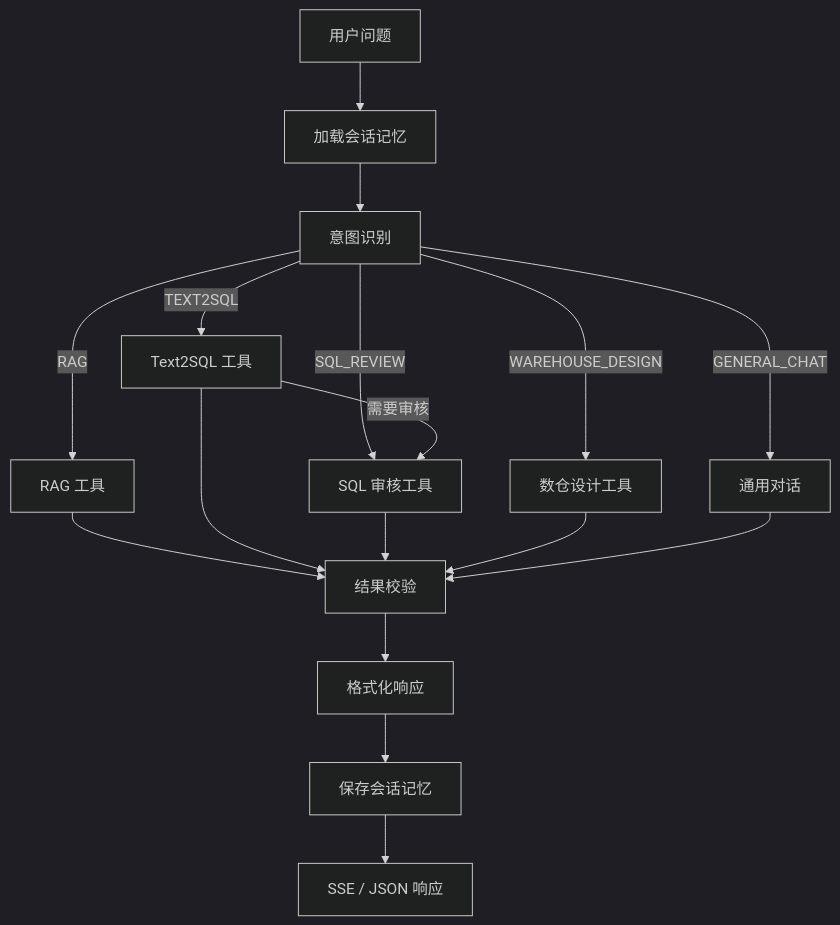
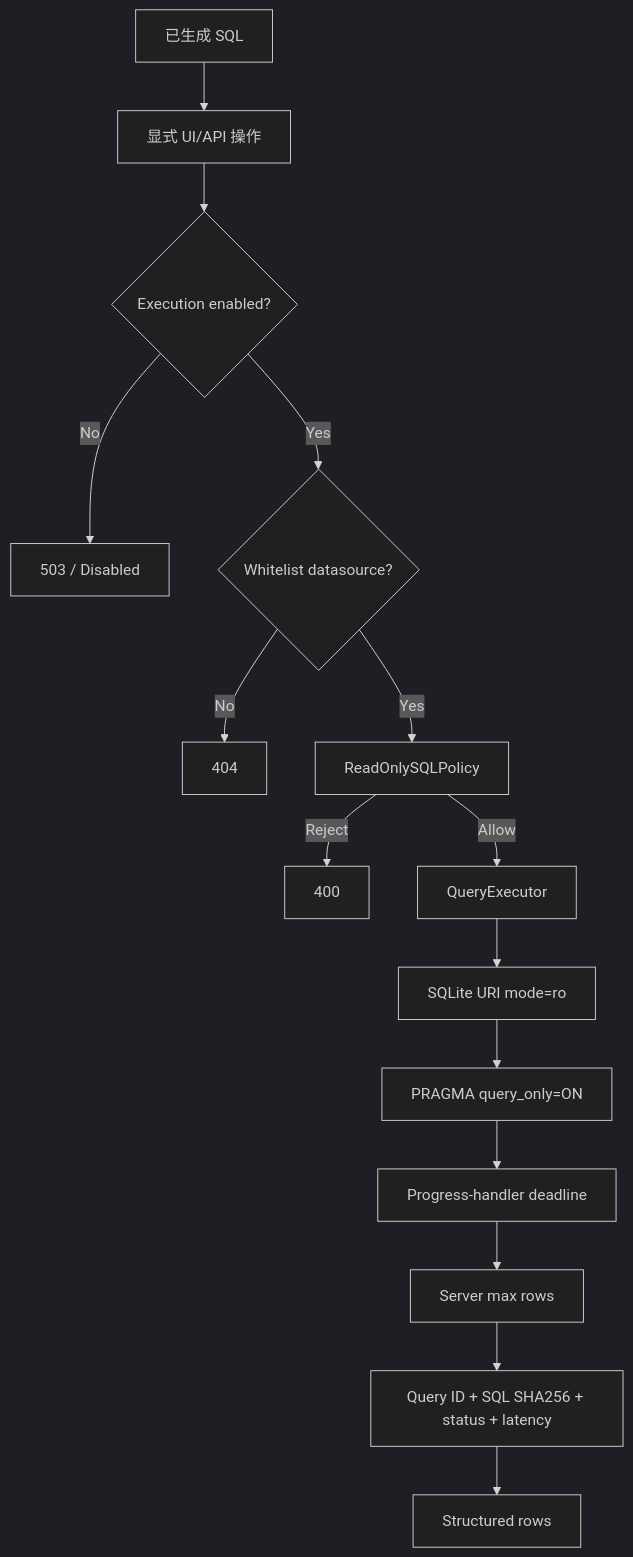
Before and after one commit to plutoczm/DataCopilot: the sixth of 8 diagrams in docs/ARCHITECTURE.md, drawn with Mermaid (dark theme). The commit also changed other lines of this file, not shown here.

Commit message:
docs: align architecture with governed execution boundary

````diff
--- a/docs/ARCHITECTURE.md
+++ b/docs/ARCHITECTURE.md
@@ -118,19 +154,17 @@
 ```mermaid
 flowchart TD
-    Query[用户问题] --> Memory[加载会话记忆]
-    Memory --> Classify[意图识别]
-    Classify -->|RAG| RAGTool[RAG 工具]
-    Classify -->|TEXT2SQL| SQLTool[Text2SQL 工具]
-    Classify -->|SQL_REVIEW| ReviewTool[SQL 审核工具]
-    Classify -->|WAREHOUSE_DESIGN| WarehouseTool[数仓设计工具]
-    Classify -->|GENERAL_CHAT| Chat[通用对话]
-    SQLTool -->|需要审核| ReviewTool
-    RAGTool --> Validate[结果校验]
-    SQLTool --> Validate
-    ReviewTool --> Validate
-    WarehouseTool --> Validate
-    Chat --> Validate
-    Validate --> Format[格式化响应]
-    Format --> Save[保存会话记忆]
-    Save --> Response[SSE / JSON 响应]
+    Candidate[已生成 SQL] --> Explicit[显式 UI/API 操作]
+    Explicit --> Enabled{Execution enabled?}
+    Enabled -->|No| Disabled[503 / Disabled]
+    Enabled -->|Yes| DS{Whitelist datasource?}
+    DS -->|No| NotFound[404]
+    DS -->|Yes| Policy[ReadOnlySQLPolicy]
+    Policy -->|Reject| Rejected[400]
+    Policy -->|Allow| Executor[QueryExecutor]
+    Executor --> DBReadOnly[SQLite URI mode=ro]
+    DBReadOnly --> QueryOnly[PRAGMA query_only=ON]
+    QueryOnly --> Deadline[Progress-handler deadline]
+    Deadline --> RowCap[Server max rows]
+    RowCap --> Audit[Query ID + SQL SHA256 + status + latency]
+    Audit --> Rows[Structured rows]
 ```
````
